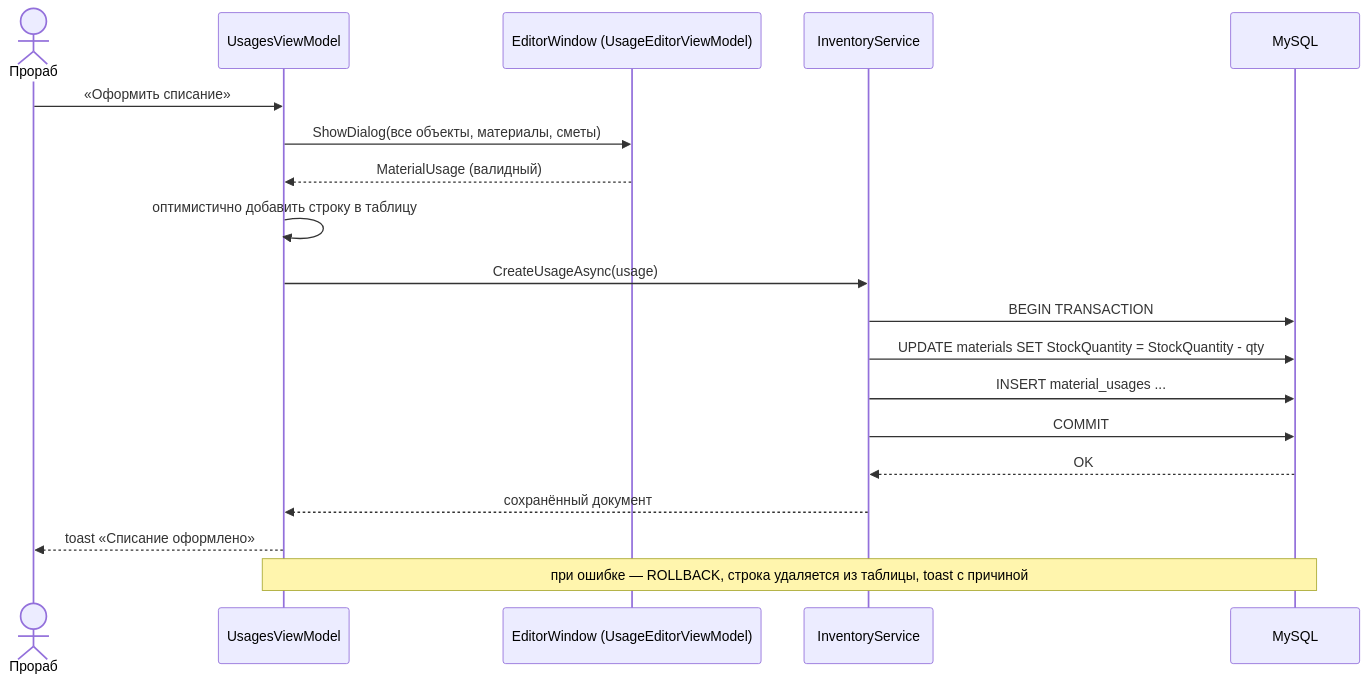
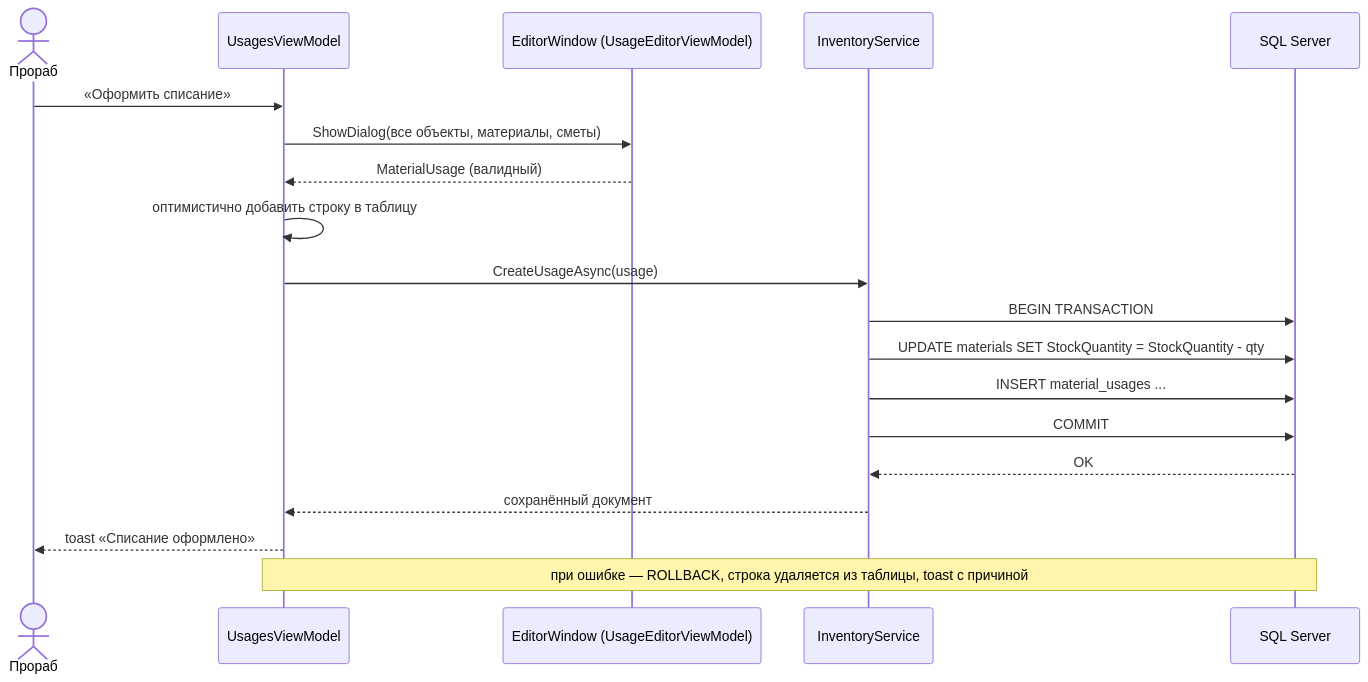
The second of 2 diagrams in docs/architecture.md (Tosicf/KursovaI), drawn with Mermaid before and after one commit. The commit also changed other lines of this file and 23 other files, not shown here.

````diff
--- a/docs/architecture.md
+++ b/docs/architecture.md
@@ -226,22 +226,22 @@
 ```mermaid
 sequenceDiagram
     actor Foreman as Прораб
     participant VM as UsagesViewModel
     participant Dlg as EditorWindow (UsageEditorViewModel)
     participant Inv as InventoryService
-    participant DB as MySQL
+    participant DB as SQL Server
 
     Foreman->>VM: «Оформить списание»
     VM->>Dlg: ShowDialog(все объекты, материалы, сметы)
     Dlg-->>VM: MaterialUsage (валидный)
     VM->>VM: оптимистично добавить строку в таблицу
     VM->>Inv: CreateUsageAsync(usage)
     Inv->>DB: BEGIN TRANSACTION
     Inv->>DB: UPDATE materials SET StockQuantity = StockQuantity - qty
     Inv->>DB: INSERT material_usages ...
     Inv->>DB: COMMIT
     DB-->>Inv: OK
     Inv-->>VM: сохранённый документ
     VM-->>Foreman: toast «Списание оформлено»
     Note over VM,DB: при ошибке — ROLLBACK, строка удаляется из таблицы, toast с причиной
 ```
````
